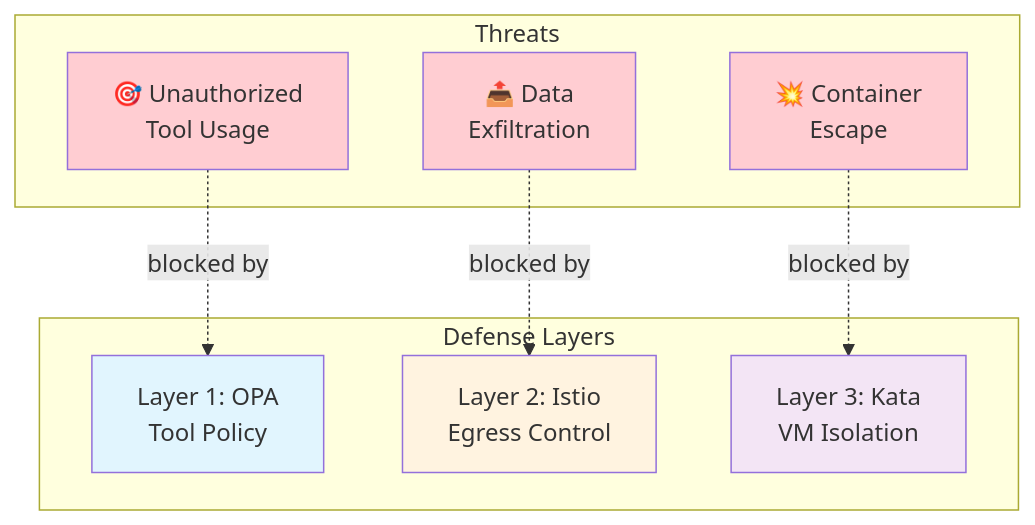
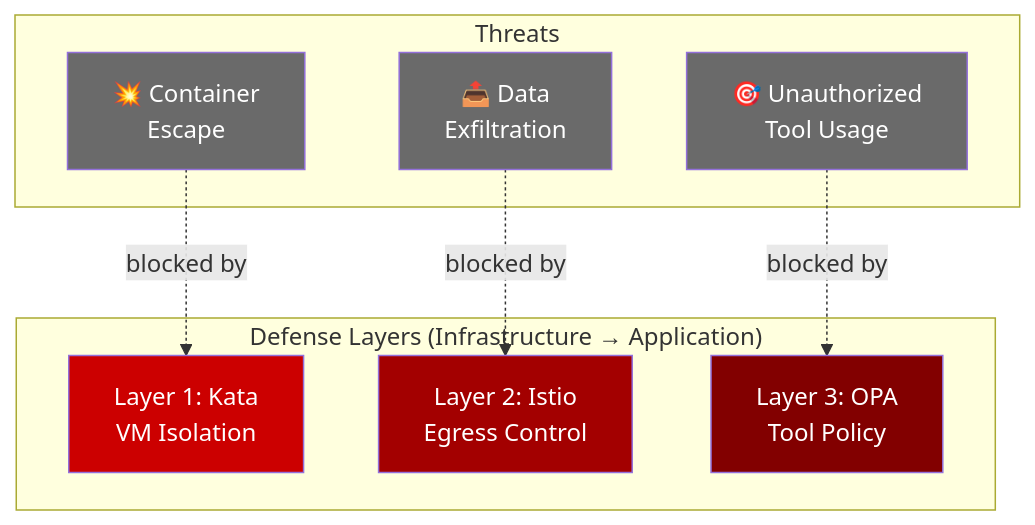
One commit to rrbanda/agent-sandbox-ocp changed the diagram in docs/concepts/threat-model.md. Above: the diagram before and after it, drawn with Mermaid. The commit also changed other lines of this file and 6 other files, not shown here.

First line of the commit message:
Update diagrams: correct layer ordering and Red Hat branding

````diff
--- a/docs/concepts/threat-model.md
+++ b/docs/concepts/threat-model.md
@@ -60,25 +60,25 @@
 ```mermaid
 flowchart TD
     subgraph threats["Threats"]
-        T1["🎯 Unauthorized<br/>Tool Usage"]
+        T1["💥 Container<br/>Escape"]
         T2["📤 Data<br/>Exfiltration"]
-        T3["💥 Container<br/>Escape"]
+        T3["🎯 Unauthorized<br/>Tool Usage"]
     end
     
-    subgraph layers["Defense Layers"]
-        L1["Layer 1: OPA<br/>Tool Policy"]
+    subgraph layers["Defense Layers (Infrastructure → Application)"]
+        L1["Layer 1: Kata<br/>VM Isolation"]
         L2["Layer 2: Istio<br/>Egress Control"]
-        L3["Layer 3: Kata<br/>VM Isolation"]
+        L3["Layer 3: OPA<br/>Tool Policy"]
     end
     
     T1 -.->|blocked by| L1
     T2 -.->|blocked by| L2
     T3 -.->|blocked by| L3
     
-    style T1 fill:#ffcdd2
-    style T2 fill:#ffcdd2
-    style T3 fill:#ffcdd2
-    style L1 fill:#e1f5fe
-    style L2 fill:#fff3e0
-    style L3 fill:#f3e5f5
+    style T1 fill:#6A6A6A,color:#FFFFFF
+    style T2 fill:#6A6A6A,color:#FFFFFF
+    style T3 fill:#6A6A6A,color:#FFFFFF
+    style L1 fill:#CC0000,color:#FFFFFF
+    style L2 fill:#A30000,color:#FFFFFF
+    style L3 fill:#820000,color:#FFFFFF
 ```
````
